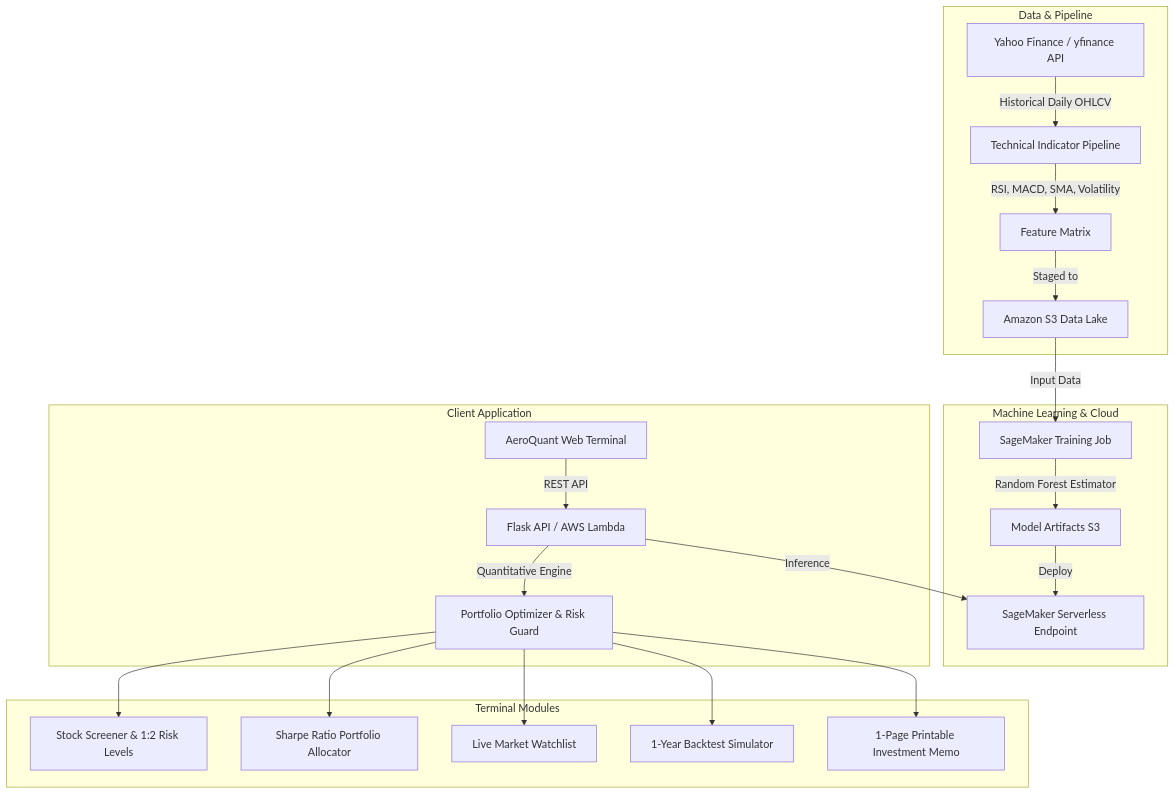
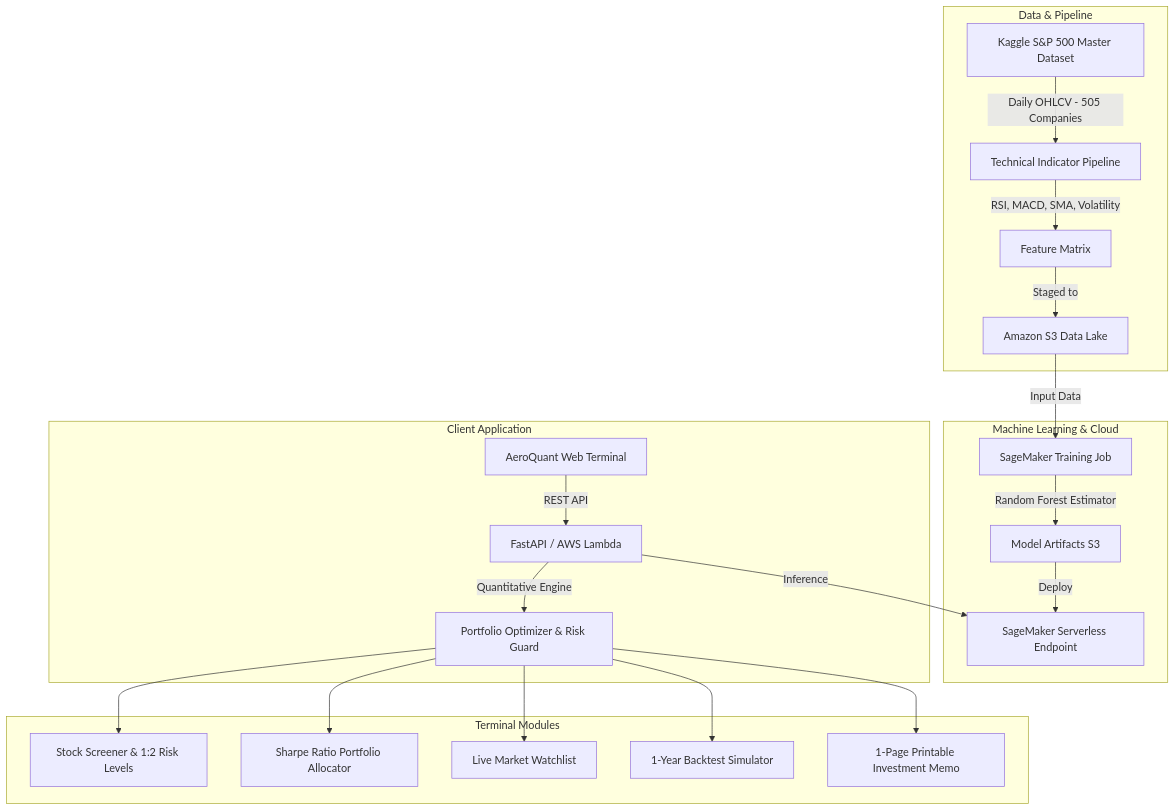
Before and after one commit to DeepandraSingh1225/stock-intelligence-terminal: the diagram in README.md, drawn with Mermaid. The commit also changed other lines of this file and 48 other files, not shown here.

Commit message:
feat: migrate to unified Kaggle S&P 500 dataset, modular code/ structure, and FastAPI server

````diff
--- a/README.md
+++ b/README.md
@@ -20,28 +20,28 @@
 ```mermaid
 flowchart TD
     subgraph Data & Pipeline
-        A[Yahoo Finance / yfinance API] -->|Historical Daily OHLCV| B[Technical Indicator Pipeline]
+        A[Kaggle S&P 500 Master Dataset] -->|Daily OHLCV - 505 Companies| B[Technical Indicator Pipeline]
         B -->|RSI, MACD, SMA, Volatility| C[Feature Matrix]
         C -->|Staged to| D[Amazon S3 Data Lake]
     end
 
     subgraph Machine Learning & Cloud
         D -->|Input Data| E[SageMaker Training Job]
         E -->|Random Forest Estimator| F[Model Artifacts S3]
         F -->|Deploy| G[SageMaker Serverless Endpoint]
     end
 
     subgraph Client Application
-        H[AeroQuant Web Terminal] -->|REST API| I[Flask API / AWS Lambda]
+        H[AeroQuant Web Terminal] -->|REST API| I[FastAPI / AWS Lambda]
         I -->|Inference| G
         I -->|Quantitative Engine| J[Portfolio Optimizer & Risk Guard]
     end
 
     subgraph Terminal Modules
         J --> K[Stock Screener & 1:2 Risk Levels]
         J --> L[Sharpe Ratio Portfolio Allocator]
         J --> M[Live Market Watchlist]
         J --> N[1-Year Backtest Simulator]
         J --> O[1-Page Printable Investment Memo]
     end
 ```
````
